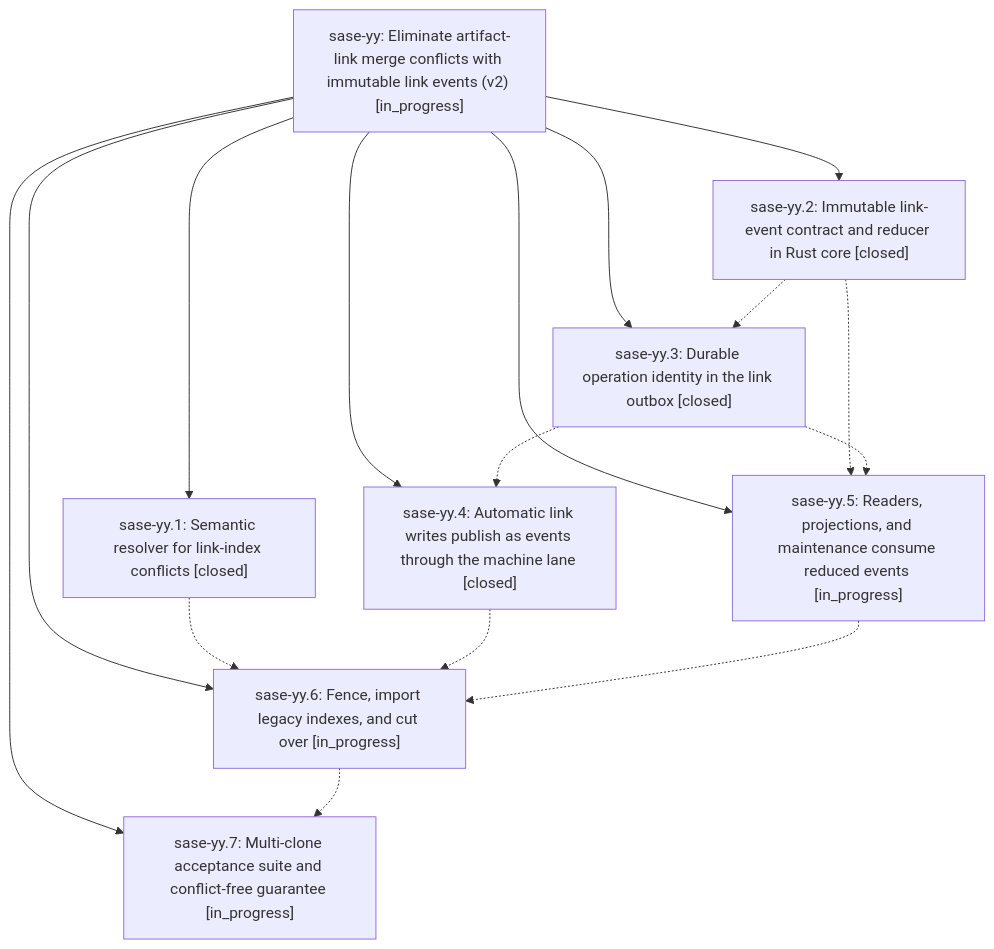
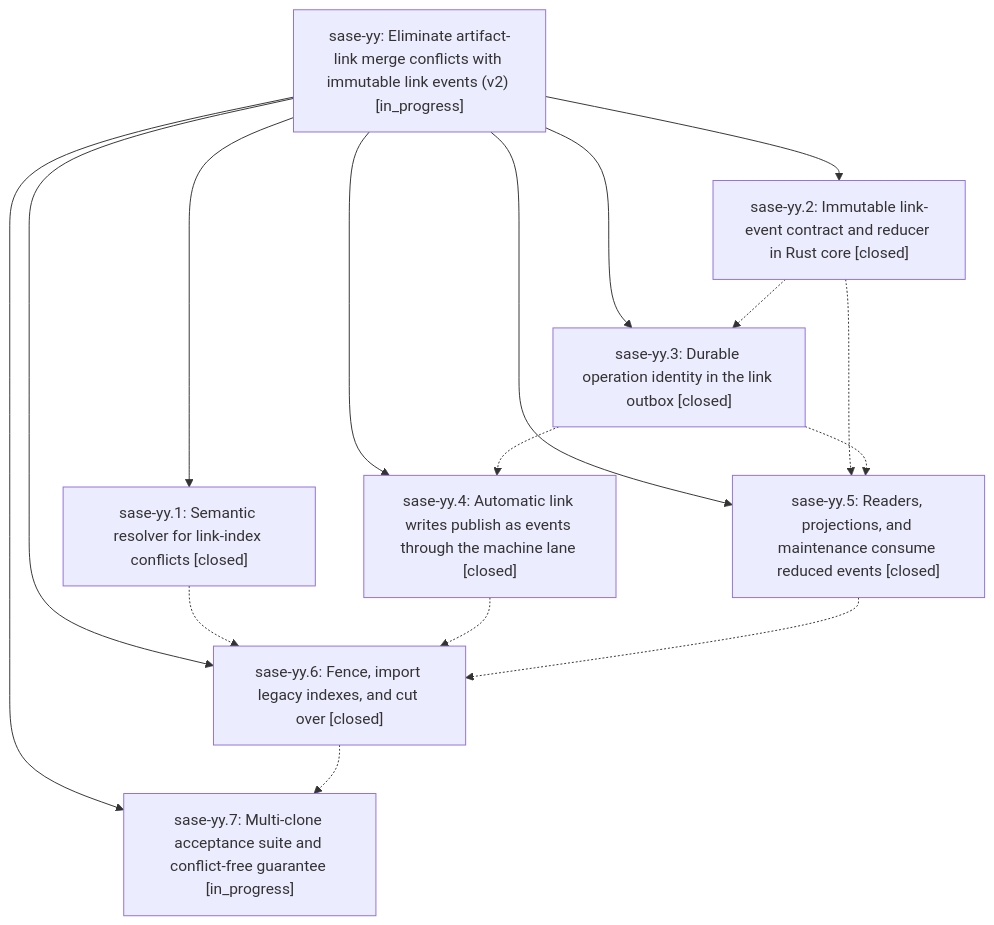
One commit to sase-org/sase--beads changed the diagram in pages/sase-yy/README.md. Above: the diagram before and after it, drawn with Mermaid. The commit also changed other lines of this file and 7 other files, not shown here.

````diff
--- a/pages/sase-yy/README.md
+++ b/pages/sase-yy/README.md
@@ -40,26 +40,26 @@
 ```mermaid
 flowchart TD
     n0["sase-yy: Eliminate artifact-link merge conflicts with immutable link events (v2) [in_progress]"]
     n1["sase-yy.1: Semantic resolver for link-index conflicts [closed]"]
     n2["sase-yy.2: Immutable link-event contract and reducer in Rust core [closed]"]
     n3["sase-yy.3: Durable operation identity in the link outbox [closed]"]
     n4["sase-yy.4: Automatic link writes publish as events through the machine lane [closed]"]
-    n5["sase-yy.5: Readers, projections, and maintenance consume reduced events [in_progress]"]
-    n6["sase-yy.6: Fence, import legacy indexes, and cut over [in_progress]"]
+    n5["sase-yy.5: Readers, projections, and maintenance consume reduced events [closed]"]
+    n6["sase-yy.6: Fence, import legacy indexes, and cut over [closed]"]
     n7["sase-yy.7: Multi-clone acceptance suite and conflict-free guarantee [in_progress]"]
     n0 --> n1
     n0 --> n2
     n0 --> n3
     n0 --> n4
     n0 --> n5
     n0 --> n6
     n0 --> n7
     n1 -.-> n6
     n2 -.-> n3
     n2 -.-> n5
     n3 -.-> n4
     n3 -.-> n5
     n4 -.-> n6
     n5 -.-> n6
     n6 -.-> n7
 ```
````
